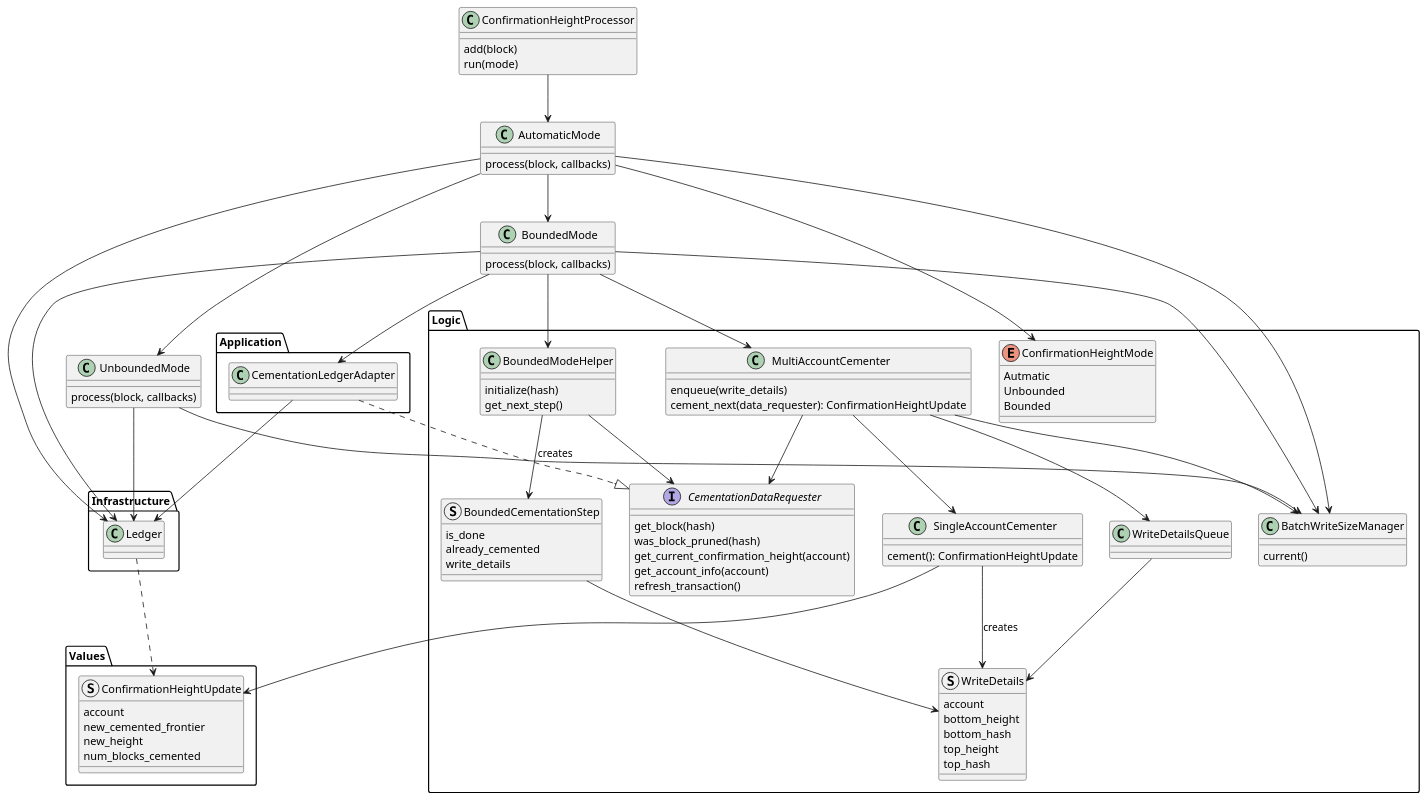
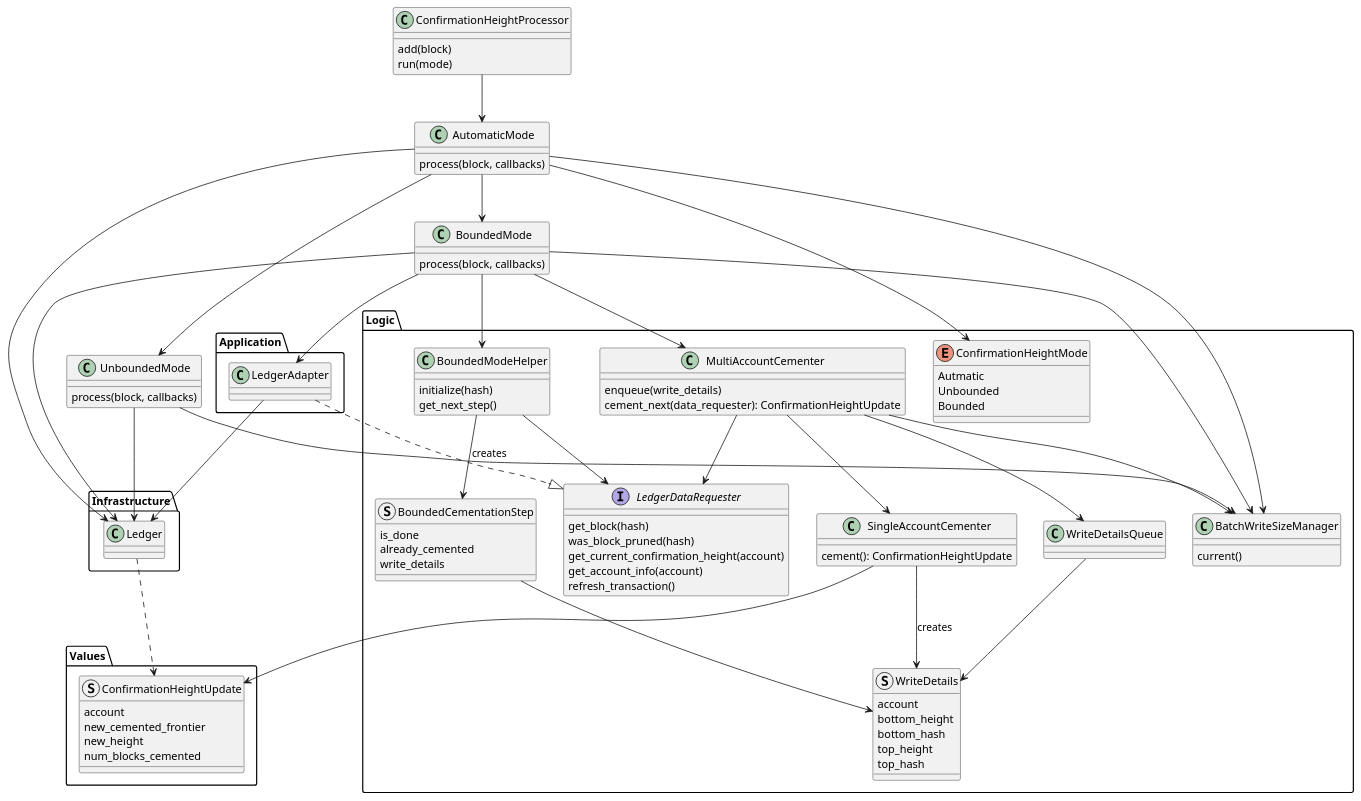
One commit to stjet/rsban-node changed the diagram in rust/doc/cementing.puml. Above: the diagram before and after it, drawn with PlantUML. The commit also changed 11 other files, not shown here.

```diff
--- a/rust/doc/cementing.puml
+++ b/rust/doc/cementing.puml
@@ -1,121 +1,121 @@
 @startuml "Confirmation Height"
 class UnboundedMode {
     process(block, callbacks)
 }
 
 class BoundedMode{
     process(block, callbacks)
 }
 
 class AutomaticMode{
     process(block, callbacks)
 }
 
 class ConfirmationHeightProcessor{
     add(block)
     run(mode)
 }
 
 package "Infrastructure" {
     class Ledger
 }
 
 package "Logic"{
     enum ConfirmationHeightMode{
         Autmatic
         Unbounded
         Bounded
     }
 
     struct WriteDetails{
         account
         bottom_height
         bottom_hash
         top_height
         top_hash
     }
     class WriteDetailsQueue
 
     class SingleAccountCementer {
         cement(): ConfirmationHeightUpdate
     }
     class MultiAccountCementer {
         enqueue(write_details)
         cement_next(data_requester): ConfirmationHeightUpdate
     }
     class BatchWriteSizeManager {
         current()
     }
 
-    interface CementationDataRequester{
+    interface LedgerDataRequester{
         get_block(hash)
         was_block_pruned(hash)
         get_current_confirmation_height(account)
         get_account_info(account)
         refresh_transaction()
     }
 
     struct BoundedCementationStep{
         is_done
         already_cemented
         write_details
     }
 
     class BoundedModeHelper{
         initialize(hash)
         get_next_step()
     }
 
 }
 
 package "Values"{
     struct ConfirmationHeightUpdate{
         account
         new_cemented_frontier
         new_height
         num_blocks_cemented
     }
 }
 
 package "Application"{
-    class CementationLedgerAdapter
+    class LedgerAdapter
 }
 
 Ledger ..> ConfirmationHeightUpdate
 
 UnboundedMode --> Ledger
 UnboundedMode --> BatchWriteSizeManager
 
 BoundedMode --> Ledger
 BoundedMode --> MultiAccountCementer
 BoundedMode --> BatchWriteSizeManager
-BoundedMode --> CementationLedgerAdapter
+BoundedMode --> LedgerAdapter
 BoundedMode --> BoundedModeHelper
 
 BoundedModeHelper --> BoundedCementationStep: creates
-BoundedModeHelper --> CementationDataRequester
+BoundedModeHelper --> LedgerDataRequester
 
 BoundedCementationStep --> WriteDetails
 
 MultiAccountCementer --> SingleAccountCementer
 MultiAccountCementer --> BatchWriteSizeManager
 MultiAccountCementer --> WriteDetailsQueue
-MultiAccountCementer --> CementationDataRequester
+MultiAccountCementer --> LedgerDataRequester
 
 SingleAccountCementer --> ConfirmationHeightUpdate
 SingleAccountCementer --> WriteDetails: creates
 
 WriteDetailsQueue --> WriteDetails
 
 AutomaticMode --> ConfirmationHeightMode
 AutomaticMode --> BoundedMode
 AutomaticMode --> UnboundedMode
 AutomaticMode --> Ledger
 AutomaticMode --> BatchWriteSizeManager
 
 ConfirmationHeightProcessor --> AutomaticMode
 
-CementationLedgerAdapter ..|> CementationDataRequester
-CementationLedgerAdapter --> Ledger
+LedgerAdapter ..|> LedgerDataRequester
+LedgerAdapter --> Ledger
 
 @enduml
```
